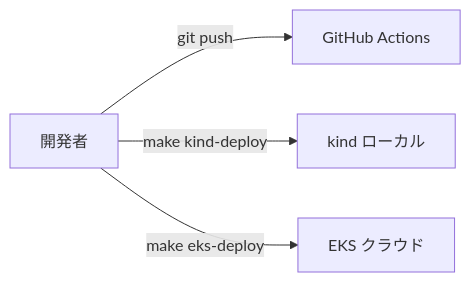
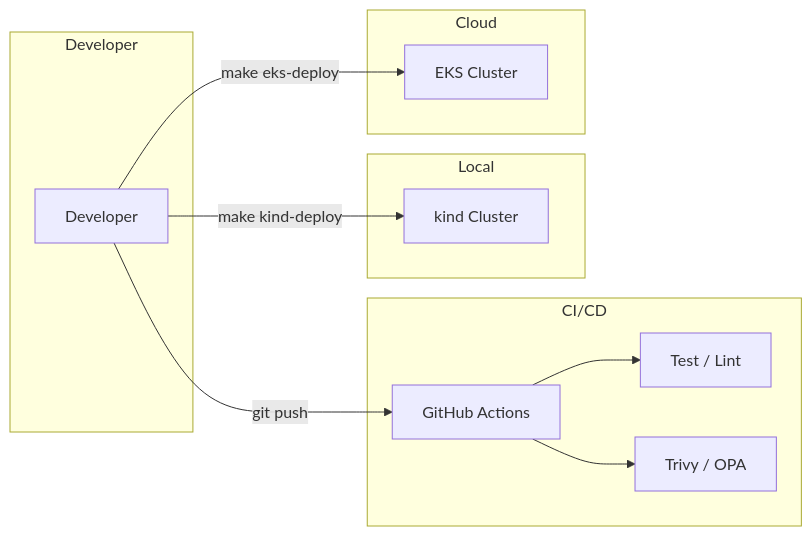
Before and after one commit to sano-suguru/terraform-eks-golden-path: the first of 3 diagrams in README.md, drawn with Mermaid. The commit also changed other lines of this file, not shown here.

Commit message:
docs: READMEのアーキテクチャ図を改善 (#38)

````diff
--- a/README.md
+++ b/README.md
@@ -38,6 +40,26 @@
 ```mermaid
 flowchart LR
-    DEV[開発者] -->|git push| CI[GitHub Actions]
-    DEV -->|make kind-deploy| KIND[kind ローカル]
-    DEV -->|make eks-deploy| EKS[EKS クラウド]
+    subgraph dev[Developer]
+        DEV[Developer]
+    end
+
+    subgraph ci[CI/CD]
+        GHA[GitHub Actions]
+        TEST[Test / Lint]
+        SCAN[Trivy / OPA]
+    end
+
+    subgraph local[Local]
+        KIND[kind Cluster]
+    end
+
+    subgraph cloud[Cloud]
+        EKS[EKS Cluster]
+    end
+
+    DEV -->|git push| GHA
+    GHA --> TEST
+    GHA --> SCAN
+    DEV -->|make kind-deploy| KIND
+    DEV -->|make eks-deploy| EKS
 ```
````
